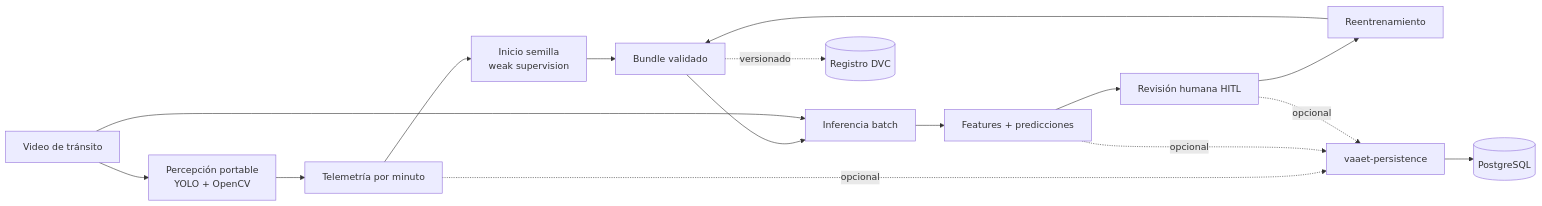
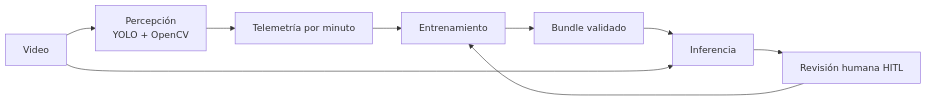
The diagram in README.md (zgfnicolas/vaaet), drawn with Mermaid before and after one commit. The commit also changed other lines of this file and 77 other files, not shown here.

````diff
--- a/README.md
+++ b/README.md
@@ -81,18 +28,11 @@
 ```mermaid
 flowchart LR
-    V["Video de tránsito"] --> C["Percepción portable<br/>YOLO + OpenCV"]
+    V["Video"] --> C["Percepción<br/>YOLO + OpenCV"]
     C --> R["Telemetría por minuto"]
-    R --> S["Inicio semilla<br/>weak supervision"]
-    S --> B["Bundle validado"]
-    B --> I["Inferencia batch"]
+    R --> T["Entrenamiento"]
+    T --> B["Bundle validado"]
+    B --> I["Inferencia"]
     V --> I
-    I --> P["Features + predicciones"]
-    P --> H["Revisión humana HITL"]
-    H --> T["Reentrenamiento"]
-    T --> B
-    R -. "opcional" .-> PS["vaaet-persistence"]
-    P -. "opcional" .-> PS
-    H -. "opcional" .-> PS
-    PS --> DB[("PostgreSQL")]
-    B -. "versionado" .-> DVC[("Registro DVC")]
+    I --> H["Revisión humana HITL"]
+    H --> T
 ```
````
